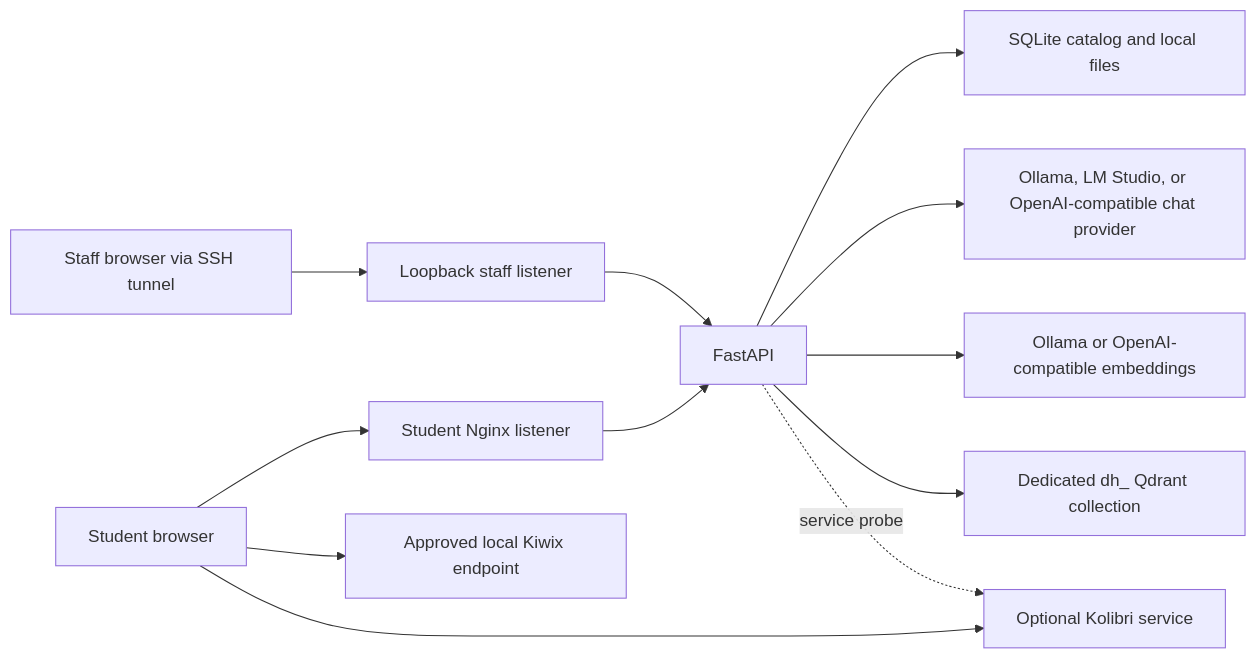
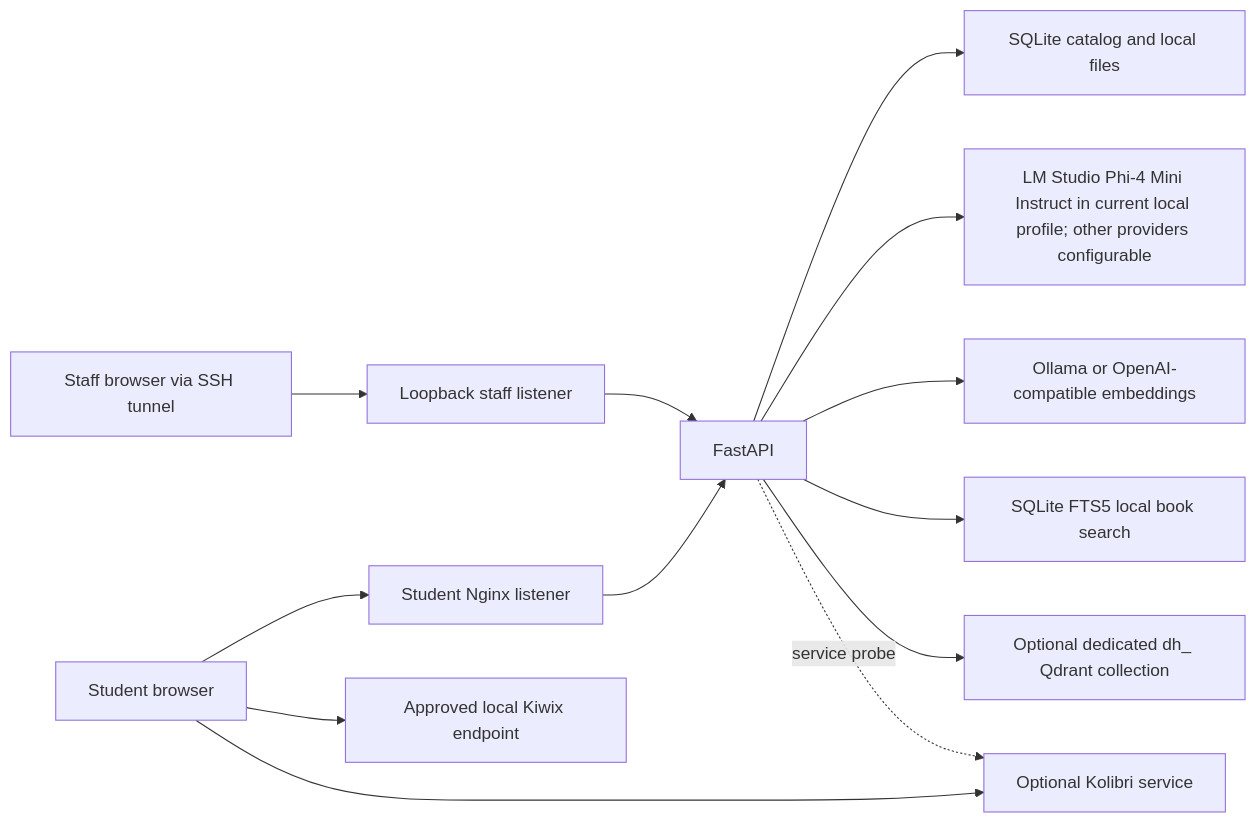
One commit to apil-khadka/LocalLearning changed the diagram in docs/ARCHITECTURE.md. Above: the diagram before and after it, drawn with Mermaid. The commit also changed other lines of this file and 16 other files, not shown here.

````diff
--- a/docs/ARCHITECTURE.md
+++ b/docs/ARCHITECTURE.md
@@ -9,14 +11,15 @@
 ```mermaid
 flowchart LR
     Student[Student browser] --> Portal[Student Nginx listener]
     Portal --> API[FastAPI]
     Staff[Staff browser via SSH tunnel] --> StaffPortal[Loopback staff listener]
     StaffPortal --> API
     API --> Catalog[SQLite catalog and local files]
-    API --> Chat[Ollama, LM Studio, or OpenAI-compatible chat provider]
+    API --> Chat[LM Studio Phi-4 Mini Instruct in current local profile; other providers configurable]
     API --> Embedder[Ollama or OpenAI-compatible embeddings]
-    API --> Qdrant[Dedicated dh_ Qdrant collection]
+    API --> FTS[SQLite FTS5 local book search]
+    API --> Qdrant[Optional dedicated dh_ Qdrant collection]
     Student --> Kiwix[Approved local Kiwix endpoint]
     Student --> Kolibri[Optional Kolibri service]
     API -. service probe .-> Kolibri
 ```
````
